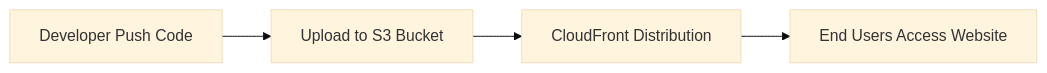
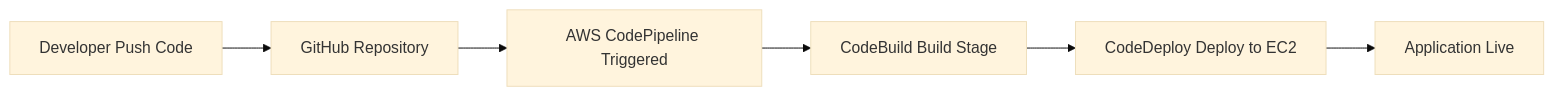
The first of 8 diagrams in README.md (AniketFirke/-CI-CD-Projects), drawn with Mermaid (base theme) before and after one commit. The commit also changed other lines of this file, not shown here.

`````diff
--- a/README.md
+++ b/README.md
@@ -49,6 +50,9 @@
 ```mermaid
 flowchart LR
-    A[Developer Push Code] --> B[Upload to S3 Bucket]
-    B --> C[CloudFront Distribution]
-    C --> D[End Users Access Website]
-````
+    A[Developer Push Code] --> B[GitHub Repository]
+    B --> C[AWS CodePipeline Triggered]
+    C --> D[CodeBuild Build Stage]
+    D --> E[CodeDeploy Deploy to EC2]
+    E --> F[Application Live]
+
+```
`````
